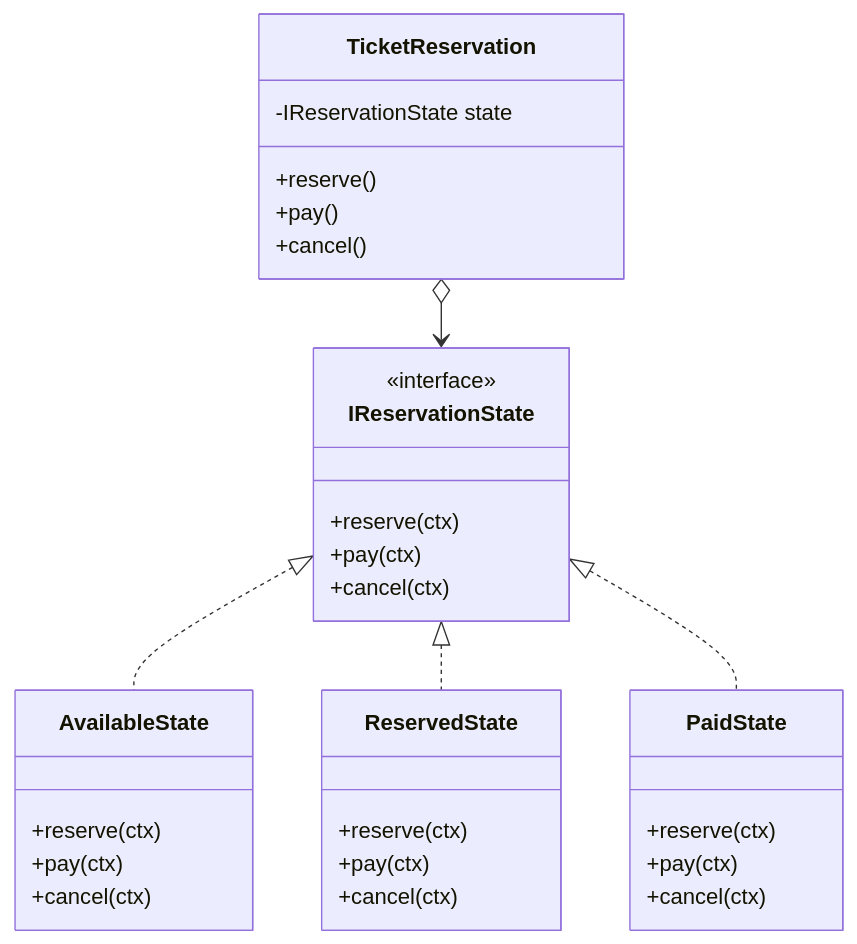
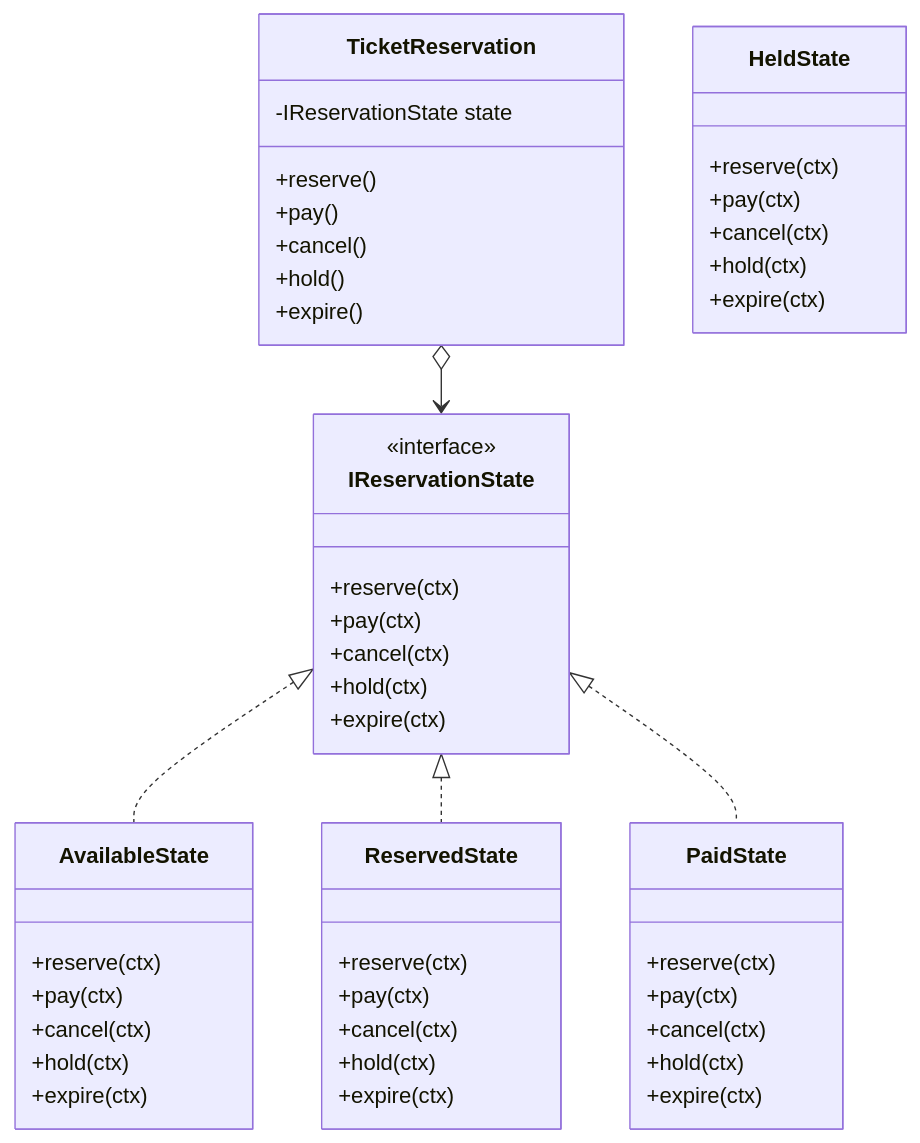
The eighth of 8 diagrams in kindle/design-patterns/output/chapter03.md (kumachan1101-pixel/DesignPattern), drawn with Mermaid before and after one commit. The commit also changed other lines of this file and 4 other files, not shown here.

````diff
--- a/kindle/design-patterns/output/chapter03.md
+++ b/kindle/design-patterns/output/chapter03.md
@@ -1161,34 +1166,51 @@
 ```mermaid
 classDiagram
     class TicketReservation {
         -IReservationState state
         +reserve()
         +pay()
         +cancel()
+        +hold()
+        +expire()
     }
     class IReservationState {
         <<interface>>
         +reserve(ctx)
         +pay(ctx)
         +cancel(ctx)
+        +hold(ctx)
+        +expire(ctx)
     }
     class AvailableState {
         +reserve(ctx)
         +pay(ctx)
         +cancel(ctx)
+        +hold(ctx)
+        +expire(ctx)
     }
     class ReservedState {
         +reserve(ctx)
         +pay(ctx)
         +cancel(ctx)
+        +hold(ctx)
+        +expire(ctx)
     }
     class PaidState {
         +reserve(ctx)
         +pay(ctx)
         +cancel(ctx)
+        +hold(ctx)
+        +expire(ctx)
+    }
+    class HeldState {
+        +reserve(ctx)
+        +pay(ctx)
+        +cancel(ctx)
+        +hold(ctx)
+        +expire(ctx)
     }
     TicketReservation o--> IReservationState
     IReservationState <|.. AvailableState
     IReservationState <|.. ReservedState
     IReservationState <|.. PaidState
 ```
````
